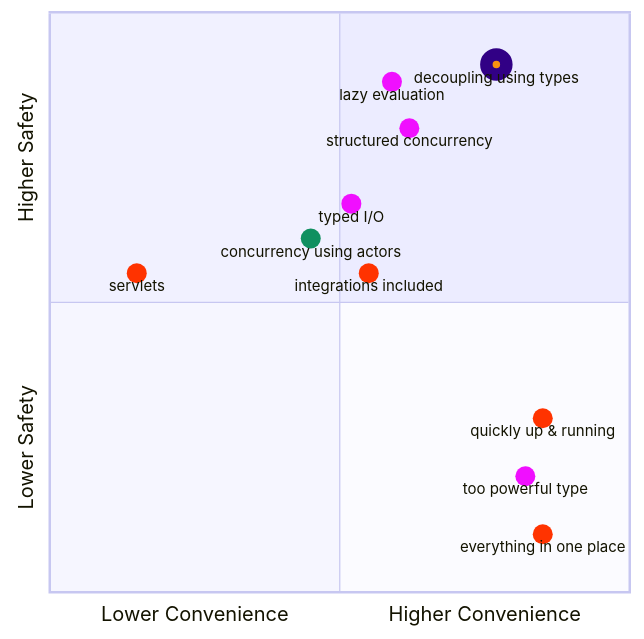
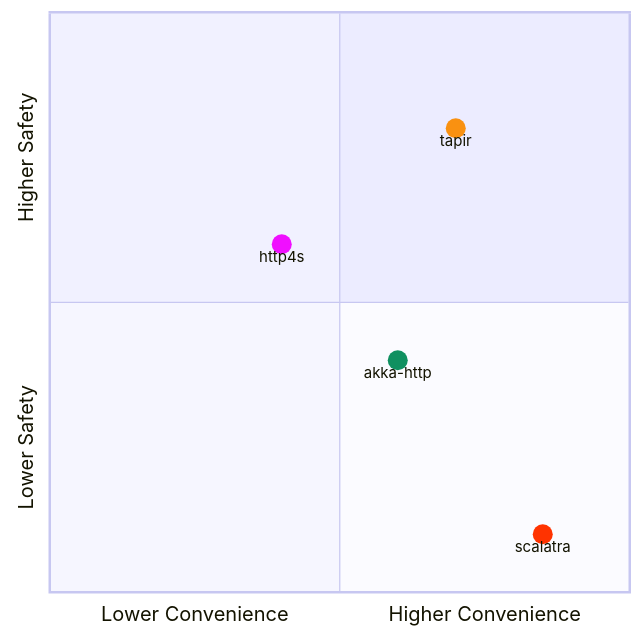
The tenth of 10 diagrams in slides/http.md (polyvariant/flavors-of-scala), drawn with Mermaid before and after one commit. The commit also changed other lines of this file and 2 other files, not shown here.

Commit message:
Refactor the flow, add TODOs

````diff
--- a/slides/http.md
+++ b/slides/http.md
@@ -1216,21 +1238,14 @@
 ```mermaid {scale: 0.8}
 quadrantChart
   x-axis Lower Convenience --> Higher Convenience
   y-axis Lower Safety --> Higher Safety
-  everything in one place:::scalatra: [0.85, 0.1]
-  quickly up & running:::scalatra: [0.85, 0.3]
-  servlets:::scalatra: [0.15, 0.55]
-  integrations included:::scalatra: [0.55, 0.55]
-  concurrency using actors:::actors: [0.45, 0.61]
-  typed I/O:::io: [0.52, 0.67]
-  structured concurrency:::io: [0.62, 0.8]
-  lazy evaluation:::io: [0.59, 0.88]
-  too powerful type:::io: [0.82, 0.2]
-  decoupling using types:::fp: [0.77, 0.91]
+  scalatra:::scalatra: [0.85, 0.1]
+  akka-http:::akka: [0.6, 0.4]
+  http4s:::http4s: [0.4, 0.6]
+  tapir:::tapir: [0.7, 0.8]
 
   classDef scalatra color: #ff3300, radius : 8
-  classDef actors color: #109060, radius : 8
-  classDef io color: #f00fff, radius : 8
-  classDef fp color: #F99111, radius : 8, stroke-color: #310085, stroke-width: 10px
-  classDef class3 color: #f00fff, radius : 8
+  classDef akka color: #109060, radius : 8
+  classDef http4s color: #f00fff, radius : 8
+  classDef tapir color: #F99111, radius : 8
 ```
````
